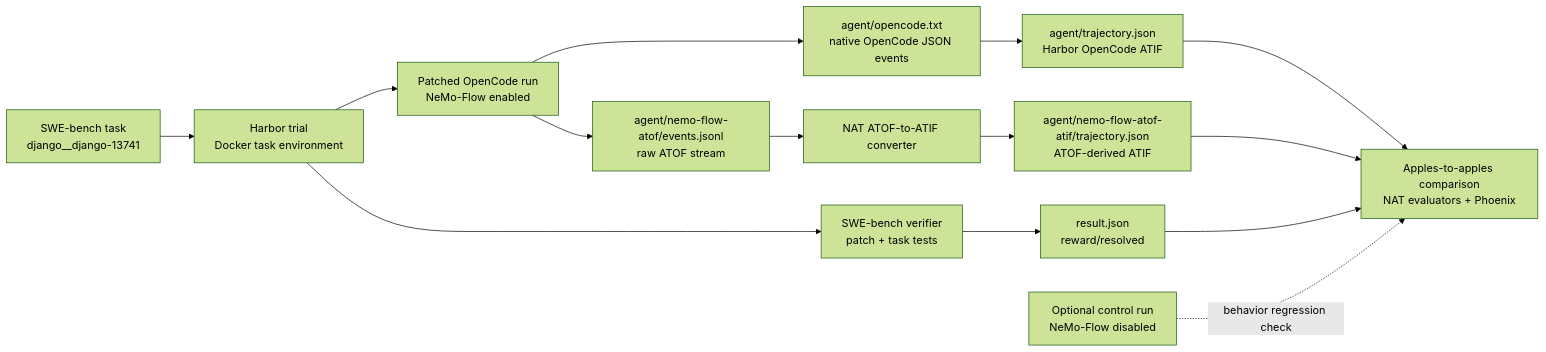
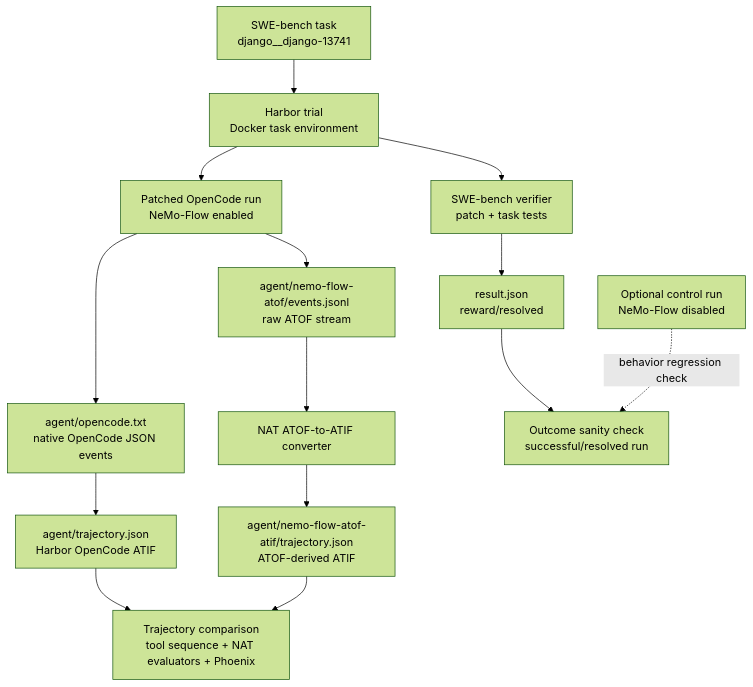
Before and after one commit to NVIDIA/NeMo-Agent-Toolkit: the diagram in packages/nvidia_nat_harbor/opencode-nemoflow-smoke.md, drawn with Mermaid (forest theme). The commit also changed other lines of this file and 3 other files, not shown here.

First line of the commit message:
Add ATIF tool sequence smoke comparison

````diff
--- a/packages/nvidia_nat_harbor/opencode-nemoflow-smoke.md
+++ b/packages/nvidia_nat_harbor/opencode-nemoflow-smoke.md
@@ -30,21 +30,21 @@
 ```mermaid
-flowchart LR
+flowchart TD
   task[SWE-bench task<br/>django__django-13741] --> harbor[Harbor trial<br/>Docker task environment]
 
   harbor --> run[Patched OpenCode run<br/>NeMo-Flow enabled]
   run --> nativeLog[agent/opencode.txt<br/>native OpenCode JSON events]
   nativeLog --> nativeAtif[agent/trajectory.json<br/>Harbor OpenCode ATIF]
 
   run --> atof[agent/nemo-flow-atof/events.jsonl<br/>raw ATOF stream]
   atof --> converter[NAT ATOF-to-ATIF converter]
   converter --> nfAtif[agent/nemo-flow-atof-atif/trajectory.json<br/>ATOF-derived ATIF]
 
   harbor --> swe[SWE-bench verifier<br/>patch + task tests]
   swe --> result[result.json<br/>reward/resolved]
 
-  nativeAtif --> compare[Apples-to-apples comparison<br/>NAT evaluators + Phoenix]
+  nativeAtif --> compare[Trajectory comparison<br/>tool sequence + NAT evaluators + Phoenix]
   nfAtif --> compare
-  result --> compare
+  result --> outcome[Outcome sanity check<br/>successful/resolved run]
 
-  control[Optional control run<br/>NeMo-Flow disabled] -. behavior regression check .-> compare
+  control[Optional control run<br/>NeMo-Flow disabled] -. behavior regression check .-> outcome
 ```
````
